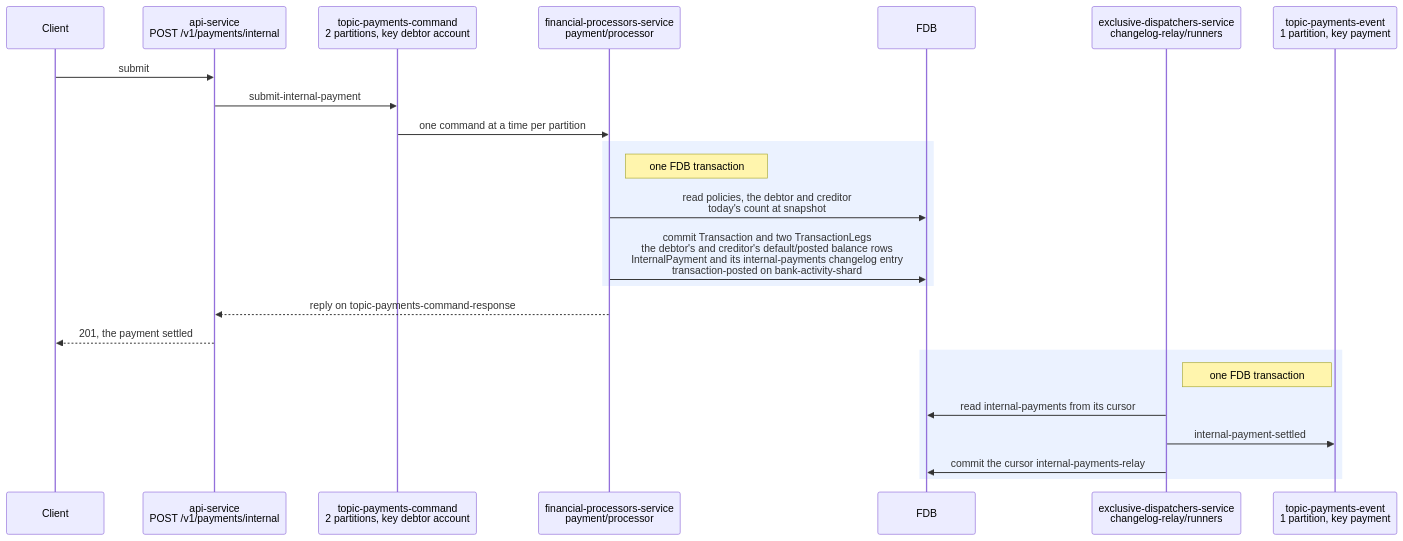
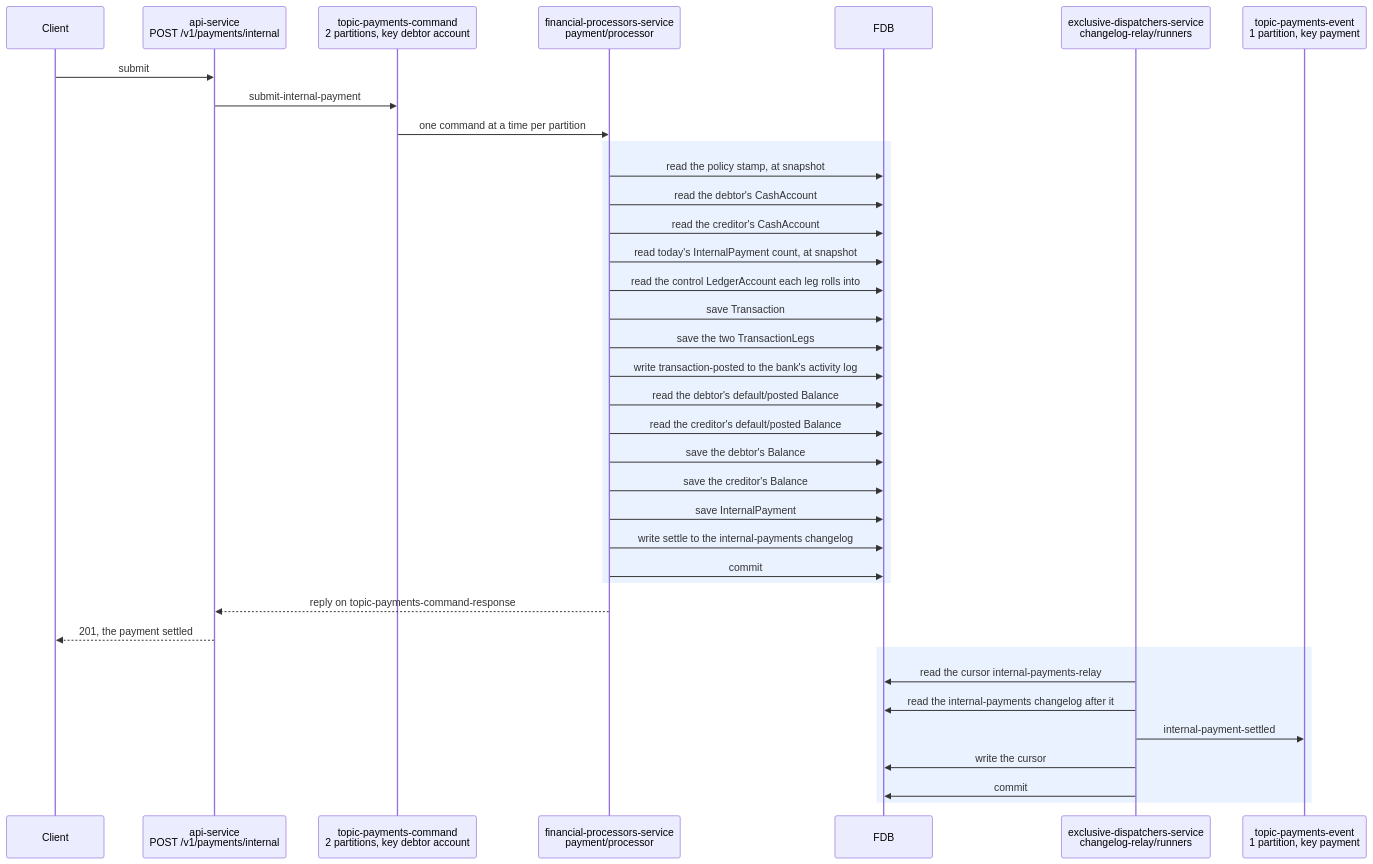
One commit to repldriven/queenswood changed the first of 2 diagrams in docs/tdd/payments-internal.md. Above: the diagram before and after it, drawn with Mermaid. The commit also changed other lines of this file, not shown here.

First line of the commit message:
Draw each FDB transaction as a commit to it, and name every participant as it is in the code

````diff
--- a/docs/tdd/payments-internal.md
+++ b/docs/tdd/payments-internal.md
@@ -59,26 +60,39 @@
 ```mermaid
 sequenceDiagram
     participant C as Client
     participant API as api-service<br/>POST /v1/payments/internal
     participant PC as topic-payments-command<br/>2 partitions, key debtor account
     participant PP as financial-processors-service<br/>payment/processor
     participant DB as FDB
     participant RR as exclusive-dispatchers-service<br/>changelog-relay/runners
     participant PE as topic-payments-event<br/>1 partition, key payment
     C->>API: submit
     API->>PC: submit-internal-payment
     PC->>PP: one command at a time per partition
     rect rgb(235, 242, 255)
-    Note right of PP: one FDB transaction
-    PP->>DB: read policies, the debtor and creditor<br/>today's count at snapshot
-    PP->>DB: commit Transaction and two TransactionLegs<br/>the debtor's and creditor's default/posted balance rows<br/>InternalPayment and its internal-payments changelog entry<br/>transaction-posted on bank-activity-shard
+    PP->>DB: read the policy stamp, at snapshot
+    PP->>DB: read the debtor's CashAccount
+    PP->>DB: read the creditor's CashAccount
+    PP->>DB: read today's InternalPayment count, at snapshot
+    PP->>DB: read the control LedgerAccount each leg rolls into
+    PP->>DB: save Transaction
+    PP->>DB: save the two TransactionLegs
+    PP->>DB: write transaction-posted to the bank's activity log
+    PP->>DB: read the debtor's default/posted Balance
+    PP->>DB: read the creditor's default/posted Balance
+    PP->>DB: save the debtor's Balance
+    PP->>DB: save the creditor's Balance
+    PP->>DB: save InternalPayment
+    PP->>DB: write settle to the internal-payments changelog
+    PP->>DB: commit
     end
     PP-->>API: reply on topic-payments-command-response
     API-->>C: 201, the payment settled
     rect rgb(235, 242, 255)
-    Note right of RR: one FDB transaction
-    RR->>DB: read internal-payments from its cursor
+    RR->>DB: read the cursor internal-payments-relay
+    RR->>DB: read the internal-payments changelog after it
     RR->>PE: internal-payment-settled
-    RR->>DB: commit the cursor internal-payments-relay
+    RR->>DB: write the cursor
+    RR->>DB: commit
     end
 ```
````
